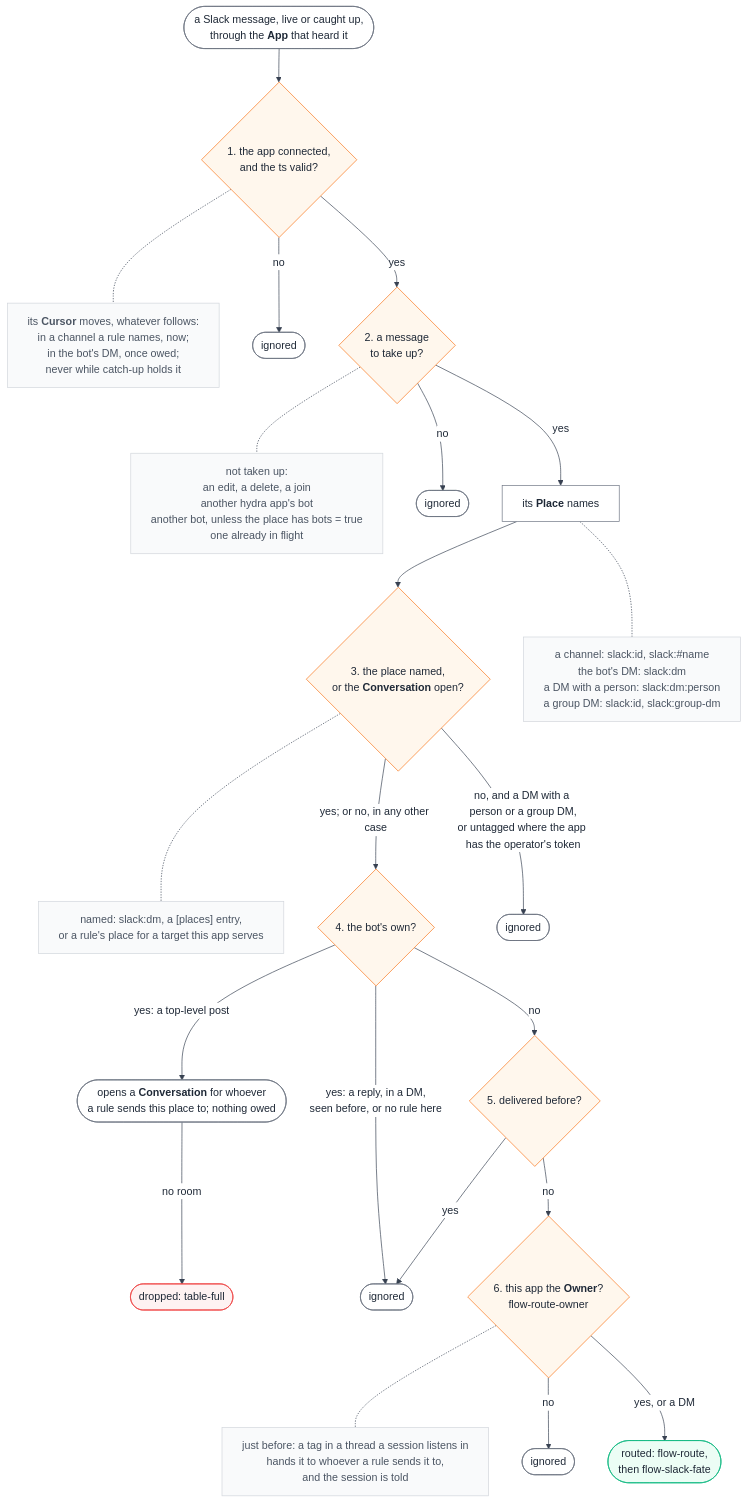
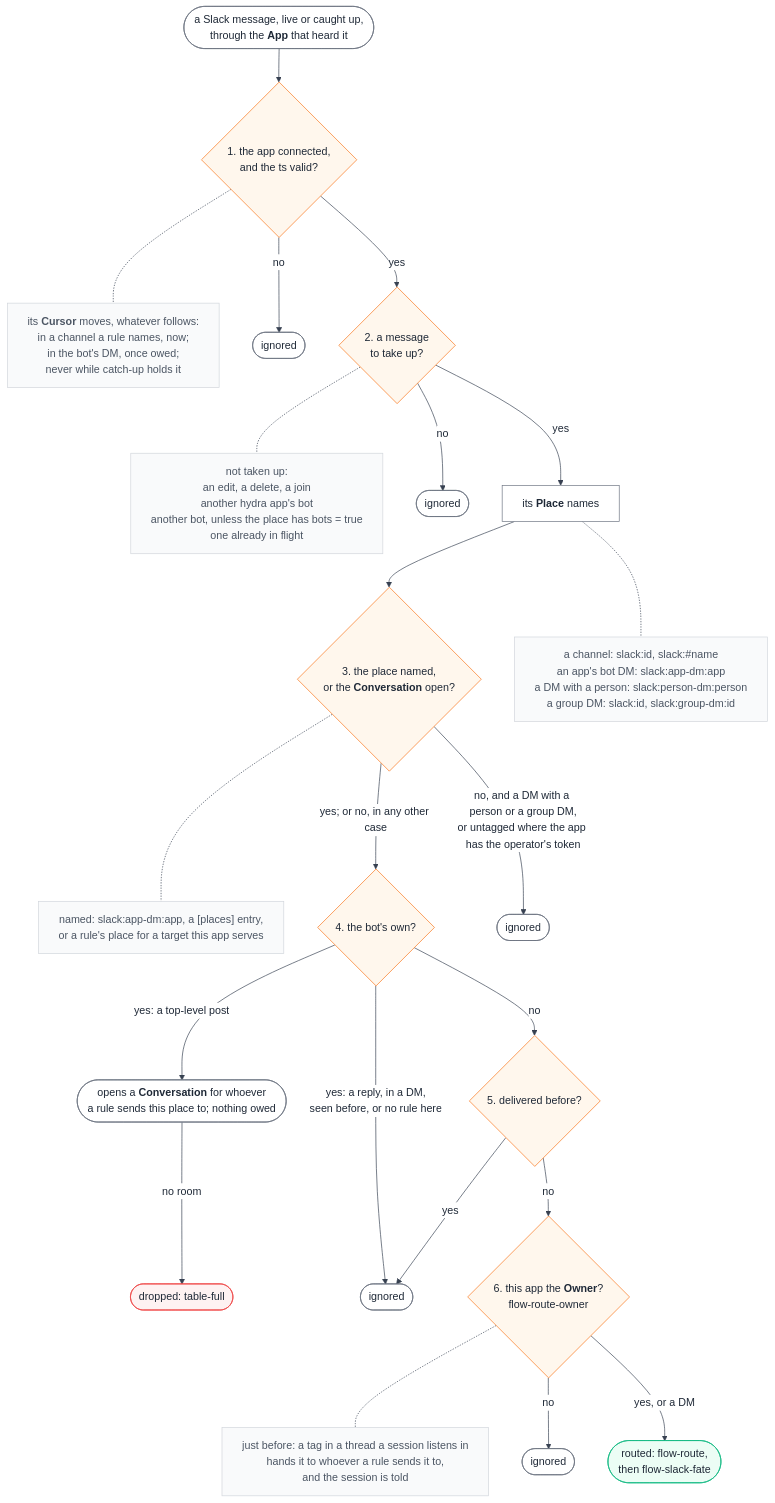
One commit to sf8193/hydra changed the diagram in diagrams/flow-slack-accept.mmd. Above: the diagram before and after it, drawn with Mermaid. The commit also changed 52 other files, not shown here.

```diff
--- a/diagrams/flow-slack-accept.mmd
+++ b/diagrams/flow-slack-accept.mmd
@@ -1,57 +1,57 @@
 %%{init: {"theme":"base","themeVariables":{"background":"#ffffff","primaryColor":"#ffffff","primaryBorderColor":"#6b7280","primaryTextColor":"#1f2937","lineColor":"#374151","clusterBkg":"#ffffff","clusterBorder":"#d1d5db"},"flowchart":{"wrappingWidth":420,"useMaxWidth":false}}}%%
 %% Which Slack messages does an app take up and hand to routing?
 %% SlackWatcher.handle and classify, connectors/slack/watch.ts:734 and :756.
 %% Before: flow-slack-hear, flow-slack-catchup. Next: flow-route-owner, flow-route, flow-slack-fate. Every box's source: diagrams/flow-slack-accept.sources.md.
 flowchart TD
   in(["a Slack message, live or caught up,<br/>through the <b>App</b> that heard it"])
   g1{"1. the app connected,<br/>and the ts valid?"}
   cur["its <b>Cursor</b> moves, whatever follows:<br/>in a channel a rule names, now;<br/>in the bot's DM, once owed;<br/>never while catch-up holds it"]
   g2{"2. a message<br/>to take up?"}
   n2["not taken up:<br/>an edit, a delete, a join<br/>another hydra app's bot<br/>another bot, unless the place has bots = true<br/>one already in flight"]
   names["its <b>Place</b> names"]
-  nn["a channel: slack:id, slack:#name<br/>the bot's DM: slack:dm<br/>a DM with a person: slack:dm:person<br/>a group DM: slack:id, slack:group-dm"]
+  nn["a channel: slack:id, slack:#name<br/>an app's bot DM: slack:app-dm:app<br/>a DM with a person: slack:person-dm:person<br/>a group DM: slack:id, slack:group-dm:id"]
   g3{"3. the place named,<br/>or the <b>Conversation</b> open?"}
-  n3["named: slack:dm, a [places] entry,<br/>or a rule's place for a target this app serves"]
+  n3["named: slack:app-dm:app, a [places] entry,<br/>or a rule's place for a target this app serves"]
   g4{"4. the bot's own?"}
   own(["opens a <b>Conversation</b> for whoever<br/>a rule sends this place to; nothing owed"])
   g5{"5. delivered before?"}
   take["just before: a tag in a thread a session listens in<br/>hands it to whoever a rule sends it to,<br/>and the session is told"]
   g6{"6. this app the <b>Owner</b>?<br/>flow-route-owner"}
   routed(["routed: flow-route,<br/>then flow-slack-fate"])
   ign1(["ignored"])
   ign2(["ignored"])
   ign3(["ignored"])
   ign4(["ignored"])
   ign5(["ignored"])
   tfull(["dropped: table-full"])
 
   in --> g1
   g1 -.- cur
   g1 -->|no| ign1
   g1 -->|yes| g2
   g2 -.- n2
   g2 -->|no| ign2
   g2 -->|yes| names --> g3
   names -.- nn
   g3 -.- n3
   g3 -->|"yes; or no, in any other case"| g4
   g3 -->|"no, and a DM with a person or a group DM,<br/>or untagged where the app has the operator's token"| ign3
   g4 -->|"yes: a top-level post"| own
   own -->|"no room"| tfull
   g4 -->|"yes: a reply, in a DM,<br/>seen before, or no rule here"| ign4
   g4 -->|no| g5
   g5 -->|yes| ign4
   g5 -->|no| g6
   g6 -.- take
   g6 -->|"no"| ign5
   g6 -->|"yes, or a DM"| routed
 
   classDef gate fill:#fff7ed,stroke:#f97316,color:#1f2937
   classDef stop fill:#fef2f2,stroke:#ef4444,color:#1f2937
   classDef wait fill:#f3f4f6,stroke:#9ca3af,color:#1f2937
   classDef done fill:#ecfdf5,stroke:#10b981,color:#1f2937
   classDef note fill:#f9fafb,stroke:#d1d5db,color:#4b5563
   class g1,g2,g3,g4,g5,g6 gate
   class tfull stop
   class routed done
   class cur,n2,nn,n3,take note
```
